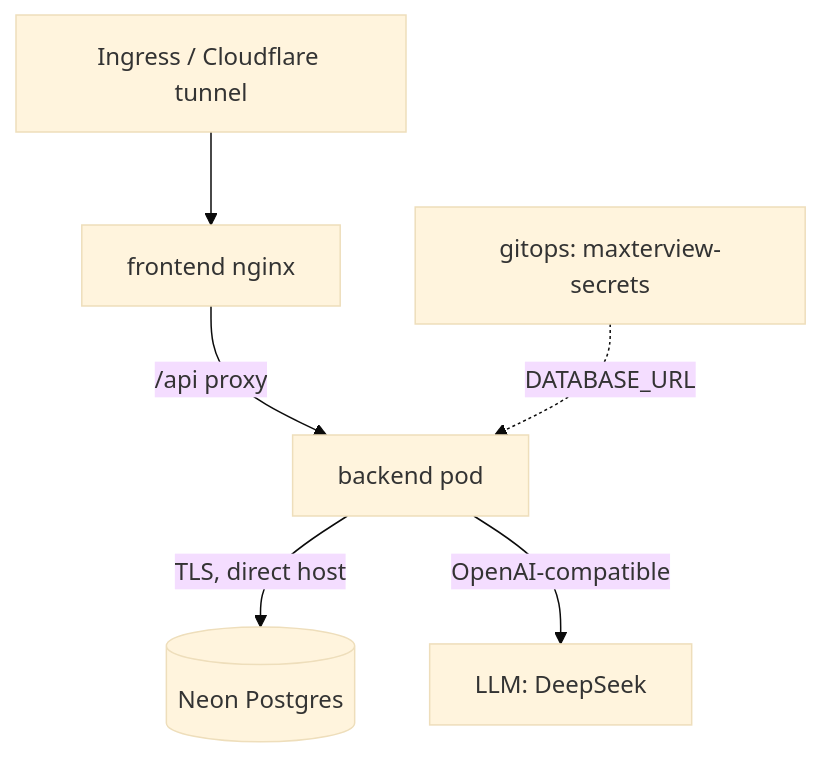
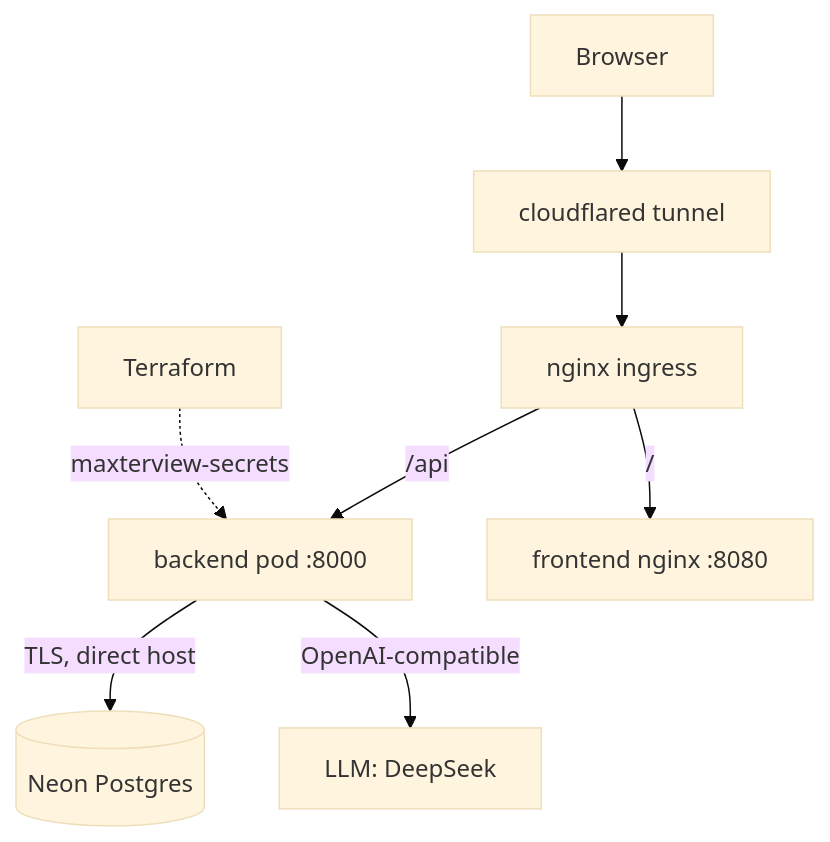
One commit to notseekeru/maxterview_website changed the second of 2 diagrams in PLAN.md. Above: the diagram before and after it, drawn with Mermaid (base theme). The commit also changed other lines of this file and 2 other files, not shown here.

Commit message:
docs(infra): correct prod topology to gitops shape

````diff
--- a/PLAN.md
+++ b/PLAN.md
@@ -69,8 +69,10 @@
 ```mermaid
 graph TD
-    I[Ingress / Cloudflare tunnel] --> F[frontend nginx]
-    F -->|/api proxy| B[backend pod]
+    U[Browser] --> CF[cloudflared tunnel]
+    CF --> I[nginx ingress]
+    I -->|/api| B[backend pod :8000]
+    I -->|/| F[frontend nginx :8080]
     B -->|TLS, direct host| N[(Neon Postgres)]
     B -->|OpenAI-compatible| L[LLM: DeepSeek]
-    G[gitops: maxterview-secrets] -.->|DATABASE_URL| B
+    T[Terraform] -.->|maxterview-secrets| B
 ```
````
